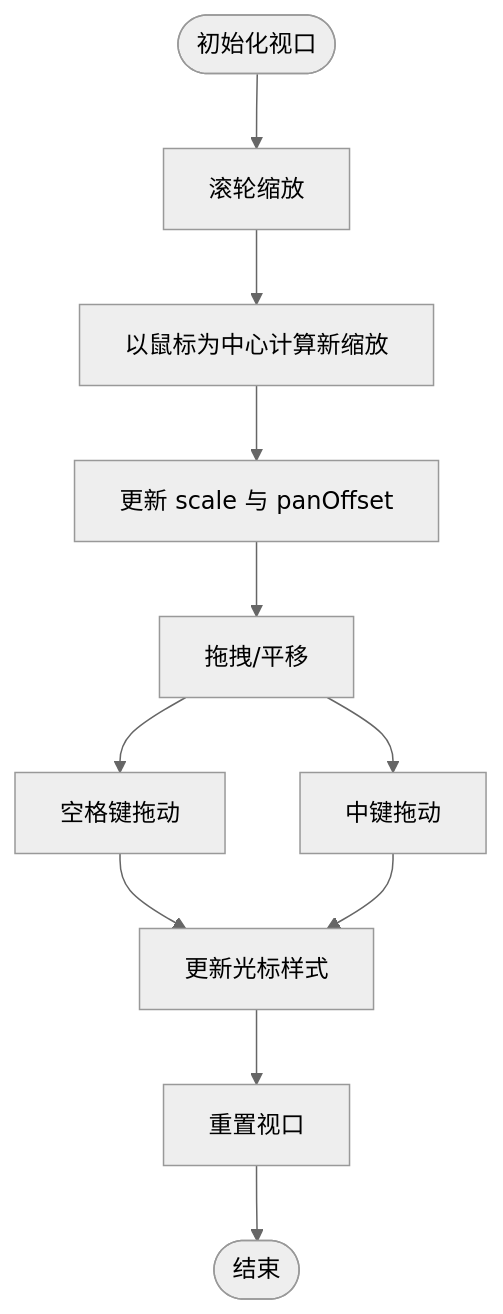
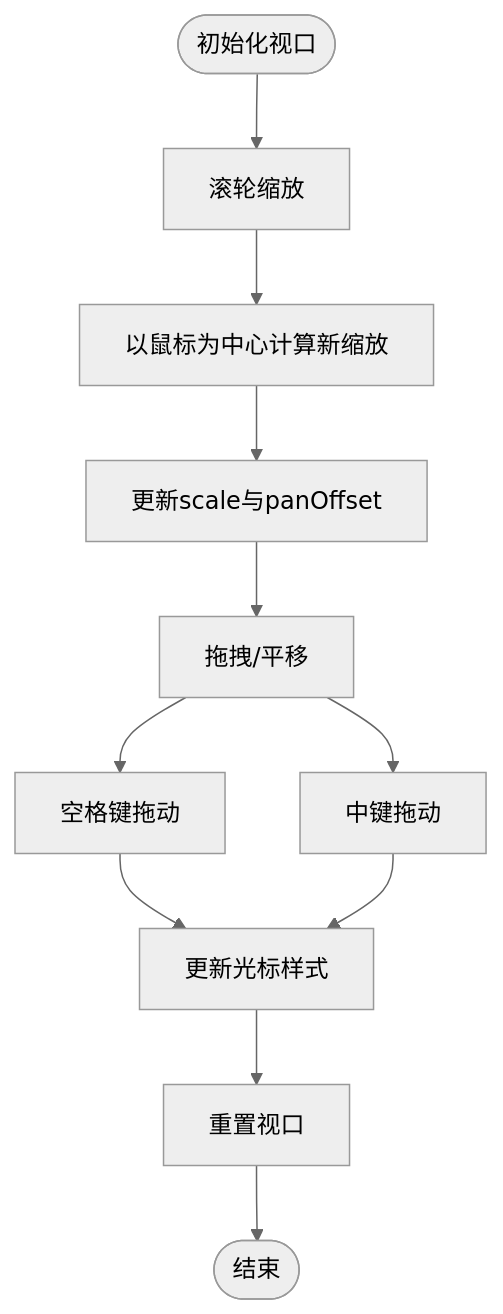
The fifth of 6 diagrams in .qoder/repowiki/zh/content/核心概念/区域选择模态框.md (kqcoxn/MaaPipelineEditor), drawn with Mermaid (neutral theme) before and after one commit. The commit also changed other lines of this file and 9 other files, not shown here.

````diff
--- a/.qoder/repowiki/zh/content/核心概念/区域选择模态框.md
+++ b/.qoder/repowiki/zh/content/核心概念/区域选择模态框.md
@@ -201,13 +235,13 @@
 ```mermaid
 flowchart TD
 Init(["初始化视口"]) --> Wheel["滚轮缩放"]
 Wheel --> Center["以鼠标为中心计算新缩放"]
-Center --> UpdateScale["更新 scale 与 panOffset"]
+Center --> UpdateScale["更新scale与panOffset"]
 UpdateScale --> Drag["拖拽/平移"]
 Drag --> Space["空格键拖动"]
 Drag --> Middle["中键拖动"]
 Space --> Cursor["更新光标样式"]
 Middle --> Cursor
 Cursor --> Reset["重置视口"]
 Reset --> End(["结束"])
 ```
````
